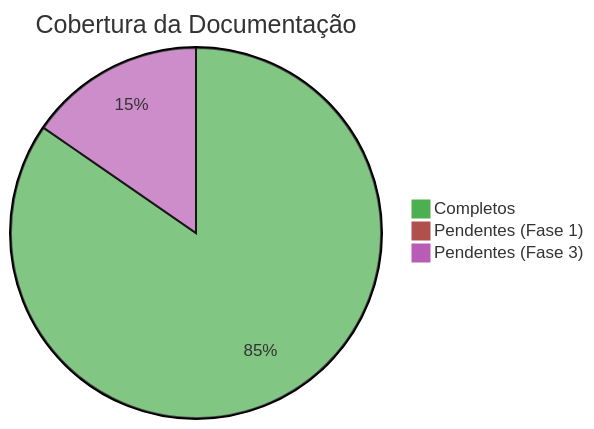
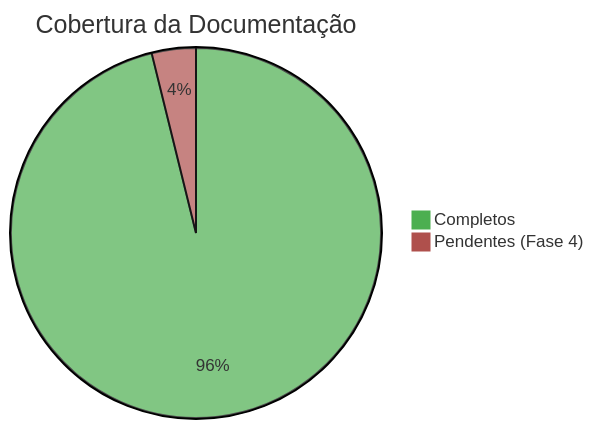
The first of 2 diagrams in docs/DASHBOARD.md (LAMP-LUCAS/fotonPDF), drawn with Mermaid before and after one commit. The commit also changed other lines of this file and 40 other files, not shown here.

````diff
--- a/docs/DASHBOARD.md
+++ b/docs/DASHBOARD.md
@@ -7,7 +7,6 @@
 ```mermaid
 %%{init: {'theme':'base', 'themeVariables': { 'primaryColor':'#4CAF50'}}}%%
 pie title Cobertura da Documentação
-    "Completos" : 22
-    "Pendentes (Fase 1)" : 0
-    "Pendentes (Fase 3)" : 4
+    "Completos" : 25
+    "Pendentes (Fase 4)" : 1
 ```
````
